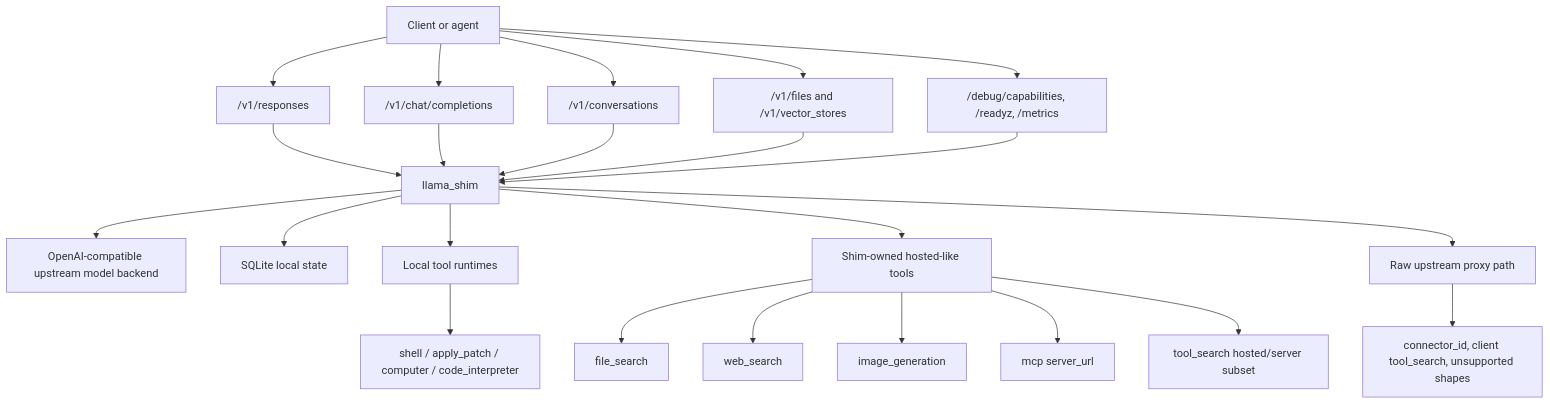
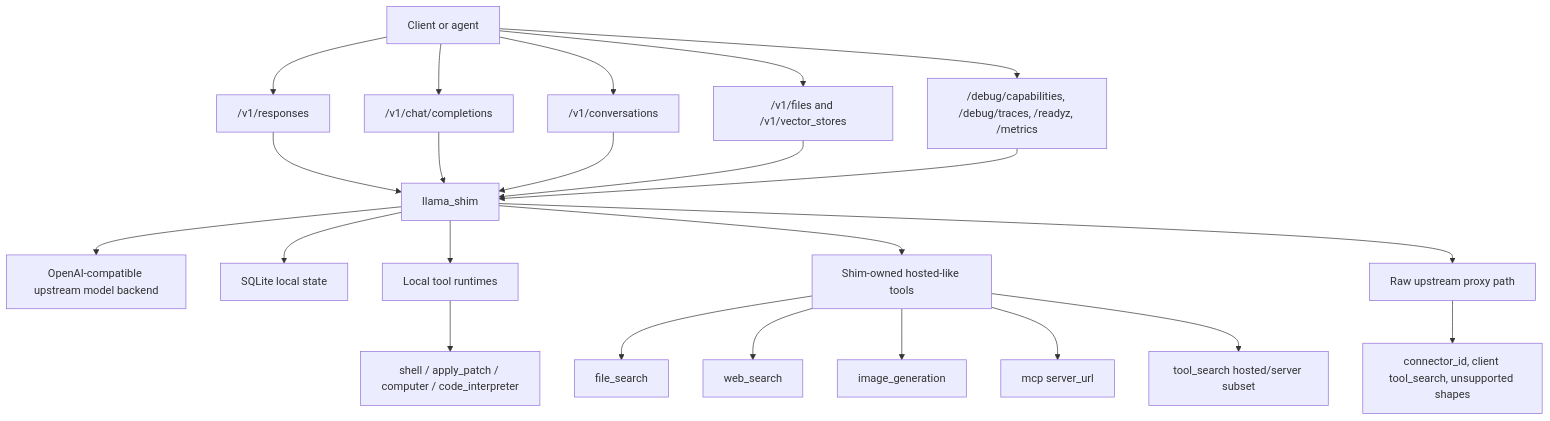
One commit to avelrl/llama_shim changed the third of 25 diagrams in docs/engineering/openai-api-choreography-atlas.md. Above: the diagram before and after it, drawn with Mermaid. The commit also changed other lines of this file and 21 other files, not shown here.

````diff
--- a/docs/engineering/openai-api-choreography-atlas.md
+++ b/docs/engineering/openai-api-choreography-atlas.md
@@ -105,37 +105,37 @@
 ```mermaid
 flowchart TB
   client["Client or agent"]
   shim["llama_shim"]
   upstream["OpenAI-compatible upstream model backend"]
   store["SQLite local state"]
   localTools["Local tool runtimes"]
   hostedLike["Shim-owned hosted-like tools"]
   proxy["Raw upstream proxy path"]
 
   client --> responses["/v1/responses"]
   client --> chat["/v1/chat/completions"]
   client --> conversations["/v1/conversations"]
   client --> files["/v1/files and /v1/vector_stores"]
-  client --> ops["/debug/capabilities, /readyz, /metrics"]
+  client --> ops["/debug/capabilities, /debug/traces, /readyz, /metrics"]
 
   responses --> shim
   chat --> shim
   conversations --> shim
   files --> shim
   ops --> shim
 
   shim --> store
   shim --> upstream
   shim --> localTools
   shim --> hostedLike
   shim --> proxy
 
   localTools --> shell["shell / apply_patch / computer / code_interpreter"]
   hostedLike --> rag["file_search"]
   hostedLike --> web["web_search"]
   hostedLike --> image["image_generation"]
   hostedLike --> mcp["mcp server_url"]
   hostedLike --> toolSearch["tool_search hosted/server subset"]
 
   proxy --> upstreamOnly["connector_id, client tool_search, unsupported shapes"]
 ```
````
